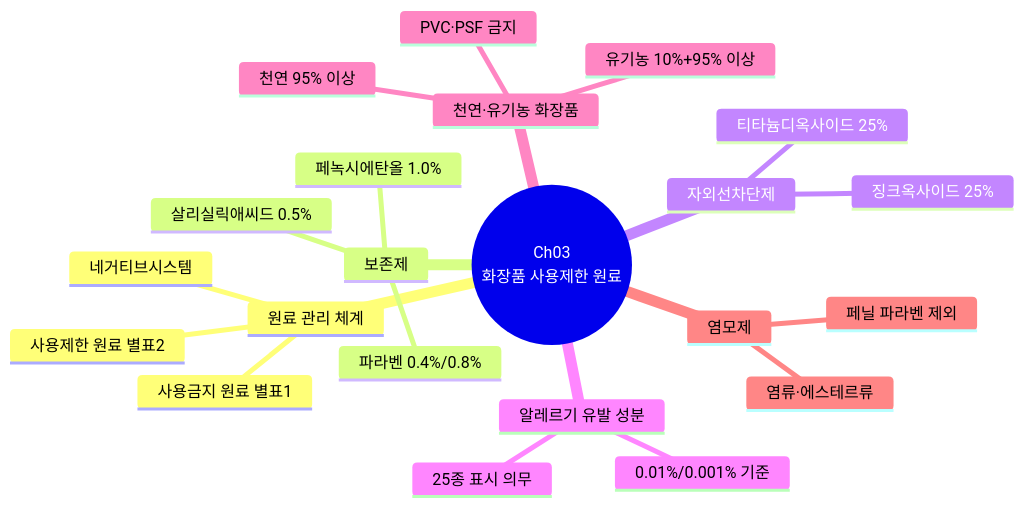
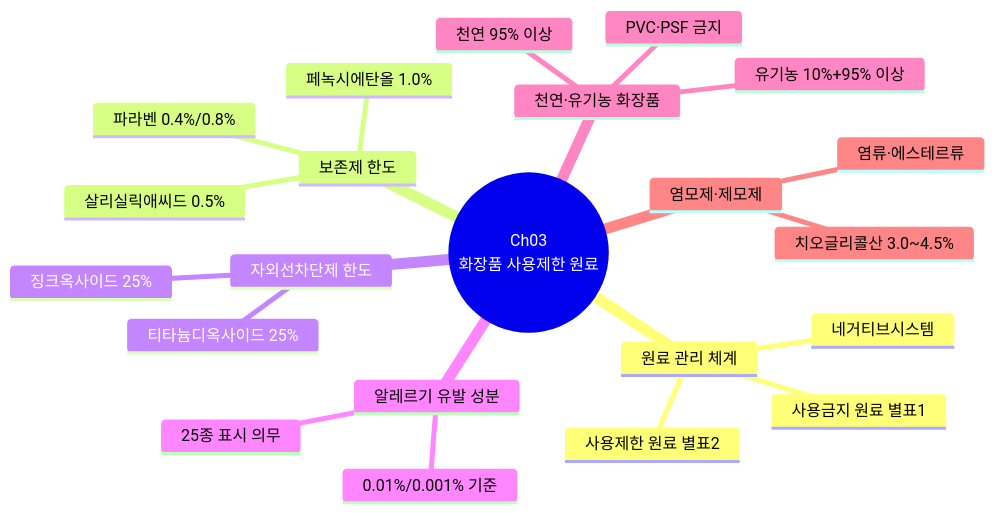
Before and after one commit to skygoldlee-cyber/Personalized_Skincare: the first of 5 diagrams in content/참조자료/과목2/2과목_Ch03_사용제한원료_핵심암기.md, drawn with Mermaid. The commit also changed other lines of this file and 8 other files, not shown here.

````diff
--- a/content/참조자료/과목2/2과목_Ch03_사용제한원료_핵심암기.md
+++ b/content/참조자료/과목2/2과목_Ch03_사용제한원료_핵심암기.md
@@ -10,25 +26,25 @@
 ```mermaid
 mindmap
   root((Ch03<br/>화장품 사용제한 원료))
     원료 관리 체계
       네거티브시스템
       사용금지 원료 별표1
       사용제한 원료 별표2
-    보존제
+    보존제 한도
       파라벤 0.4%/0.8%
       페녹시에탄올 1.0%
       살리실릭애씨드 0.5%
-    자외선차단제
+    자외선차단제 한도
       티타늄디옥사이드 25%
       징크옥사이드 25%
     알레르기 유발 성분
       25종 표시 의무
       0.01%/0.001% 기준
     천연·유기농 화장품
       천연 95% 이상
       유기농 10%+95% 이상
       PVC·PSF 금지
-    염모제
+    염모제·제모제
       염류·에스테르류
-      페닐 파라벤 제외
+      치오글리콜산 3.0~4.5%
 ```
````
